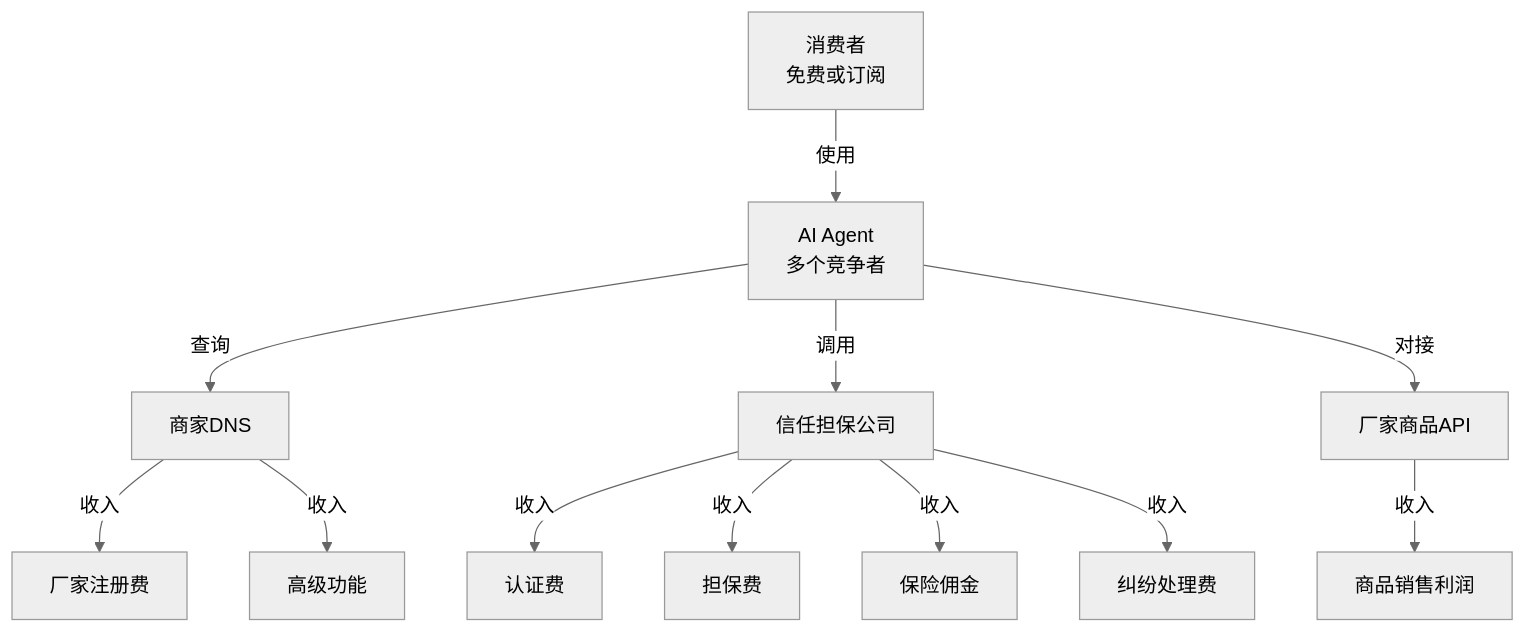
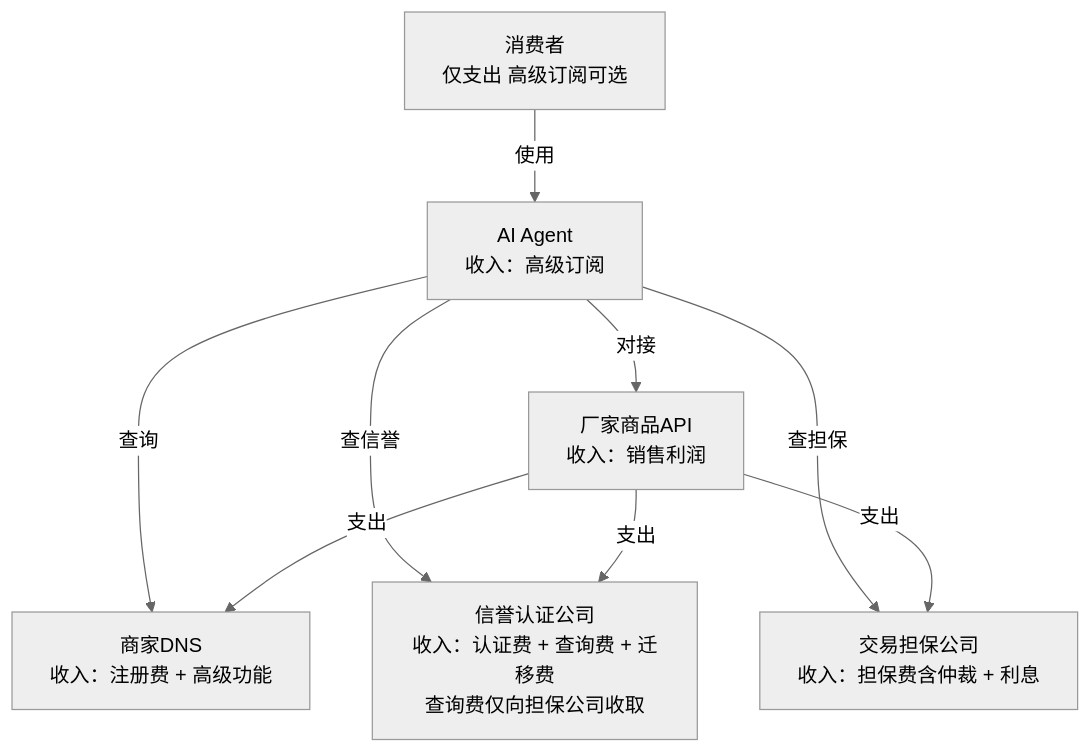
The diagram in 中文简体/03-商业价值与商业模式.md (kaicen-x/ai-shopping-paradigm), drawn with Mermaid (neutral theme) before and after one commit. The commit also changed other lines of this file and 15 other files, not shown here.

````diff
--- a/中文简体/03-商业价值与商业模式.md
+++ b/中文简体/03-商业价值与商业模式.md
@@ -52,14 +59,11 @@
 ```mermaid
 graph TD
-    A[消费者<br/>免费或订阅] -->|使用| B[AI Agent<br/>多个竞争者]
-    B -->|查询| C[商家DNS]
-    B -->|调用| D[信任担保公司]
-    B -->|对接| E[厂家商品API]
-    C -->|收入| C1[厂家注册费]
-    C -->|收入| C2[高级功能]
-    D -->|收入| D1[认证费]
-    D -->|收入| D2[担保费]
-    D -->|收入| D3[保险佣金]
-    D -->|收入| D4[纠纷处理费]
-    E -->|收入| E1[商品销售利润]
+    A[消费者<br/>仅支出 高级订阅可选] -->|使用| B[AI Agent<br/>收入：高级订阅]
+    B -->|查询| C[商家DNS<br/>收入：注册费 + 高级功能]
+    B -->|查信誉| D[信誉认证公司<br/>收入：认证费 + 查询费 + 迁移费<br/>查询费仅向担保公司收取]
+    B -->|查担保| E[交易担保公司<br/>收入：担保费含仲裁 + 利息]
+    B -->|对接| F[厂家商品API<br/>收入：销售利润]
+    F -->|支出| C
+    F -->|支出| D
+    F -->|支出| E
 ```
````
